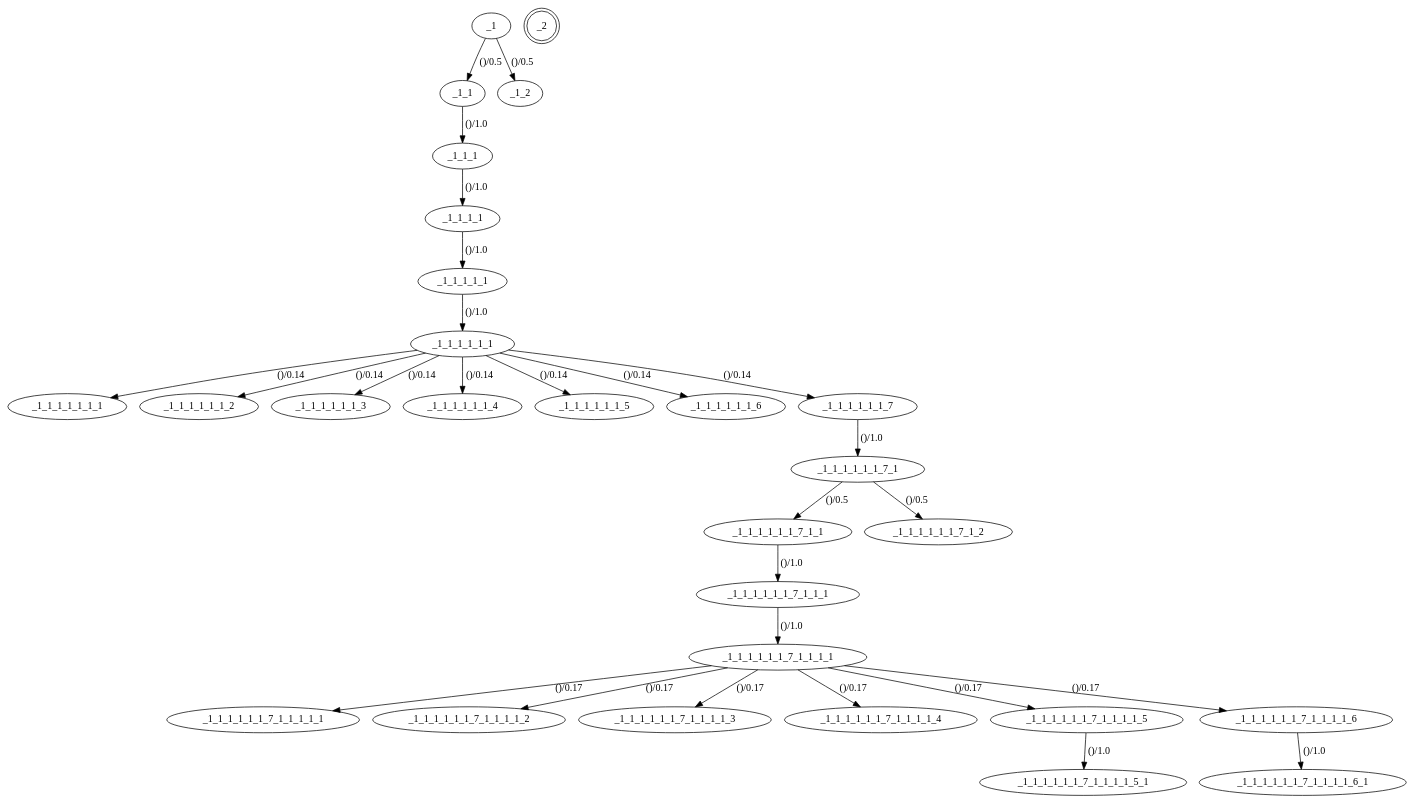
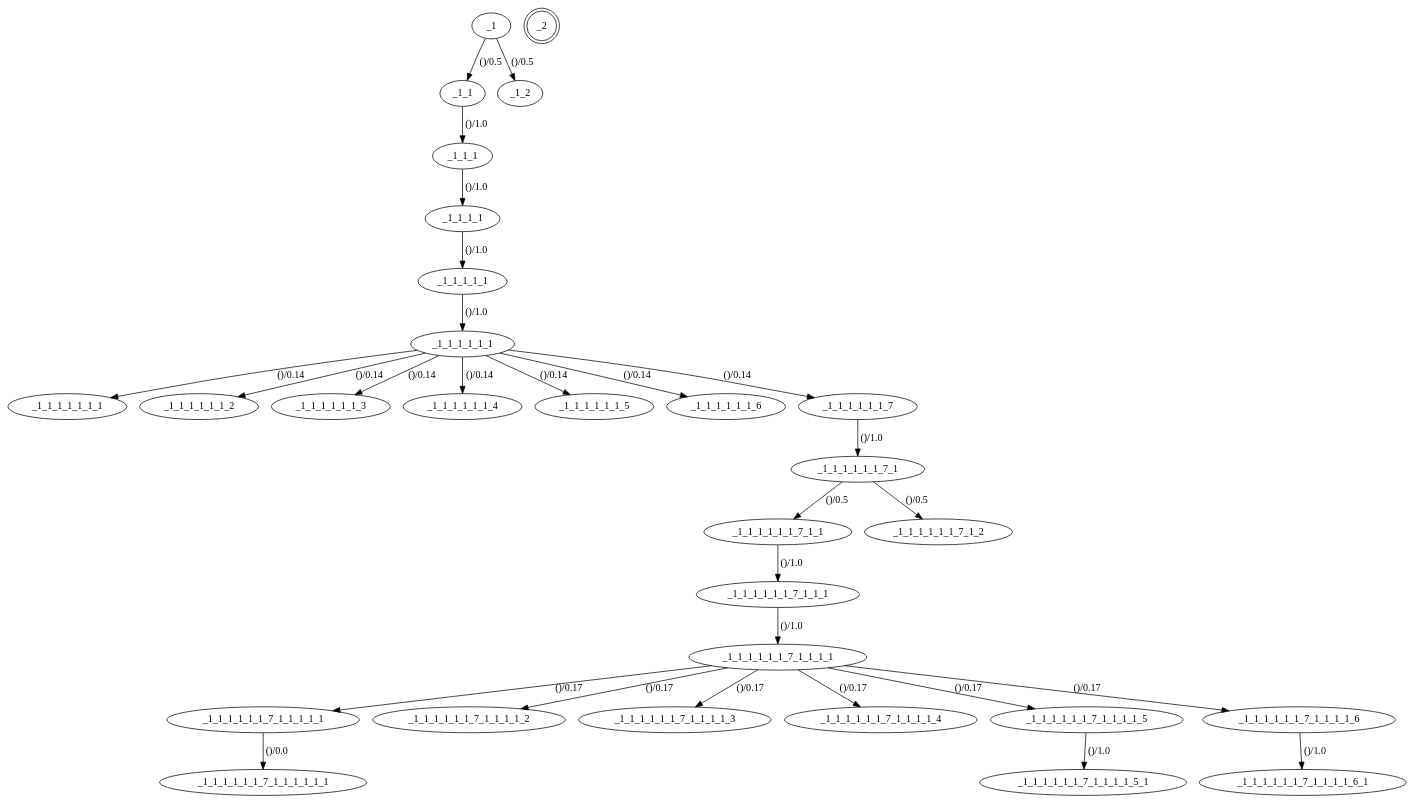
Before and after one commit to helttu/slideco-tests: the diagram in qauto_deco/pagemodel/structure.gv, drawn with Graphviz. The commit also changed 5 other files, not shown here.

```diff
--- a/qauto_deco/pagemodel/structure.gv
+++ b/qauto_deco/pagemodel/structure.gv
@@ -1,58 +1,60 @@
 digraph default_model {
 //States
 _1
 _1_1_1
 _1_1
 _1_1_1_1
 _1_1_1_1_1
 _1_1_1_1_1_1
 _1_1_1_1_1_1_1
 _1_1_1_1_1_1_2
 _1_1_1_1_1_1_3
 _1_1_1_1_1_1_4
 _1_1_1_1_1_1_5
 _1_1_1_1_1_1_6
 _1_1_1_1_1_1_7
 _1_1_1_1_1_1_7_1
 _1_1_1_1_1_1_7_1_1
 _1_1_1_1_1_1_7_1_1_1
 _1_1_1_1_1_1_7_1_1_1_1
 _1_1_1_1_1_1_7_1_1_1_1_1
 _1_1_1_1_1_1_7_1_1_1_1_2
 _1_1_1_1_1_1_7_1_1_1_1_3
 _1_1_1_1_1_1_7_1_1_1_1_4
 _1_1_1_1_1_1_7_1_1_1_1_5
 _1_1_1_1_1_1_7_1_1_1_1_5_1
 _1_1_1_1_1_1_7_1_2
 _1_1_1_1_1_1_7_1_1_1_1_6
 _1_1_1_1_1_1_7_1_1_1_1_6_1
 _1_2
+_1_1_1_1_1_1_7_1_1_1_1_1_1
 _2[shape = "doublecircle"]
 //Transitions
 _1 -> _1_1[ label = "()/0.5", probability = "0.5", set_guard = "(u'', u'')", check_guard = "(u'', u'')", edge_id = "fc549930-c01f-11e5-bdbc-a94980e8de8d"]
 _1_1 -> _1_1_1[ label = "()/1.0", probability = "1.0", set_guard = "(u'', u'')", check_guard = "(u'', u'')", edge_id = "fe4879ee-c01f-11e5-8b18-a94980e8de8d"]
 _1_1_1 -> _1_1_1_1[ label = "()/1.0", probability = "1.0", set_guard = "(u'', u'')", check_guard = "(u'', u'')", edge_id = "ac323121-c02d-11e5-8503-a94980e8de8d"]
 _1_1_1_1 -> _1_1_1_1_1[ label = "()/1.0", probability = "1.0", set_guard = "(u'', u'')", check_guard = "(u'', u'')", edge_id = "2e873671-c02e-11e5-a260-a94980e8de8d"]
 _1_1_1_1_1 -> _1_1_1_1_1_1[ label = "()/1.0", probability = "1.0", set_guard = "(u'', u'')", check_guard = "(u'', u'')", edge_id = "fa83d631-c032-11e5-aabc-a94980e8de8d"]
 _1_1_1_1_1_1 -> _1_1_1_1_1_1_1[ label = "()/0.14", probability = "0.142857142857", set_guard = "(u'', u'')", check_guard = "(u'', u'')", edge_id = "8bbcdc9f-c038-11e5-88a6-a94980e8de8d"]
 _1_1_1_1_1_1 -> _1_1_1_1_1_1_2[ label = "()/0.14", probability = "0.142857142857", set_guard = "(u'', u'')", check_guard = "(u'', u'')", edge_id = "e2cac7ef-c038-11e5-b7d3-a94980e8de8d"]
 _1_1_1_1_1_1 -> _1_1_1_1_1_1_3[ label = "()/0.14", probability = "0.142857142857", set_guard = "(u'', u'')", check_guard = "(u'', u'')", edge_id = "0b82f9ae-c039-11e5-b3ff-a94980e8de8d"]
 _1_1_1_1_1_1 -> _1_1_1_1_1_1_4[ label = "()/0.14", probability = "0.142857142857", set_guard = "(u'', u'')", check_guard = "(u'', u'')", edge_id = "3bceb6e2-c039-11e5-9122-a94980e8de8d"]
 _1_1_1_1_1_1 -> _1_1_1_1_1_1_5[ label = "()/0.14", probability = "0.142857142857", set_guard = "(u'', u'')", check_guard = "(u'', u'')", edge_id = "fdcfa1a1-c039-11e5-8b14-a94980e8de8d"]
 _1_1_1_1_1_1 -> _1_1_1_1_1_1_6[ label = "()/0.14", probability = "0.142857142857", set_guard = "(u'', u'')", check_guard = "(u'', u'')", edge_id = "ff775e30-c039-11e5-93ba-a94980e8de8d"]
 _1_1_1_1_1_1 -> _1_1_1_1_1_1_7[ label = "()/0.14", probability = "0.142857142857", set_guard = "(u'', u'')", check_guard = "(u'', u'')", edge_id = "01636f5f-c03d-11e5-94c1-a94980e8de8d"]
 _1_1_1_1_1_1_7 -> _1_1_1_1_1_1_7_1[ label = "()/1.0", probability = "1.0", set_guard = "(u'', u'')", check_guard = "(u'', u'')", edge_id = "63c5beb1-c03d-11e5-986f-a94980e8de8d"]
 _1_1_1_1_1_1_7_1 -> _1_1_1_1_1_1_7_1_1[ label = "()/0.5", probability = "0.5", set_guard = "(u'', u'')", check_guard = "(u'', u'')", edge_id = "81ed66c1-c03f-11e5-b923-a94980e8de8d"]
 _1_1_1_1_1_1_7_1_1 -> _1_1_1_1_1_1_7_1_1_1[ label = "()/1.0", probability = "1.0", set_guard = "(u'', u'')", check_guard = "(u'', u'')", edge_id = "80083690-c040-11e5-a873-a94980e8de8d"]
 _1_1_1_1_1_1_7_1_1_1 -> _1_1_1_1_1_1_7_1_1_1_1[ label = "()/1.0", probability = "1.0", set_guard = "(u'', u'')", check_guard = "(u'', u'')", edge_id = "110f70e2-c041-11e5-8143-a94980e8de8d"]
 _1_1_1_1_1_1_7_1_1_1_1 -> _1_1_1_1_1_1_7_1_1_1_1_1[ label = "()/0.17", probability = "0.166666666667", set_guard = "(u'', u'')", check_guard = "(u'', u'')", edge_id = "cb99f522-c041-11e5-8451-a94980e8de8d"]
 _1_1_1_1_1_1_7_1_1_1_1 -> _1_1_1_1_1_1_7_1_1_1_1_2[ label = "()/0.17", probability = "0.166666666667", set_guard = "(u'', u'')", check_guard = "(u'', u'')", edge_id = "018954a1-c042-11e5-88d0-a94980e8de8d"]
 _1_1_1_1_1_1_7_1_1_1_1 -> _1_1_1_1_1_1_7_1_1_1_1_3[ label = "()/0.17", probability = "0.166666666667", set_guard = "(u'', u'')", check_guard = "(u'', u'')", edge_id = "2f99eede-c042-11e5-a975-a94980e8de8d"]
 _1_1_1_1_1_1_7_1_1_1_1 -> _1_1_1_1_1_1_7_1_1_1_1_4[ label = "()/0.17", probability = "0.166666666667", set_guard = "(u'', u'')", check_guard = "(u'', u'')", edge_id = "59dcb841-c042-11e5-a3d8-a94980e8de8d"]
 _1_1_1_1_1_1_7_1_1_1_1 -> _1_1_1_1_1_1_7_1_1_1_1_5[ label = "()/0.17", probability = "0.166666666667", set_guard = "(u'', u'')", check_guard = "(u'', u'')", edge_id = "9ddb07e2-c042-11e5-a824-a94980e8de8d"]
 _1_1_1_1_1_1_7_1_1_1_1_5 -> _1_1_1_1_1_1_7_1_1_1_1_5_1[ label = "()/1.0", probability = "1.0", set_guard = "(u'', u'')", check_guard = "(u'', u'')", edge_id = "a6ca075e-c0c0-11e5-bbbb-a94980e8de8d"]
 _1_1_1_1_1_1_7_1 -> _1_1_1_1_1_1_7_1_2[ label = "()/0.5", probability = "0.5", set_guard = "(u'', u'')", check_guard = "(u'', u'')", edge_id = "90f4aa10-c0c2-11e5-9162-a94980e8de8d"]
 _1_1_1_1_1_1_7_1_1_1_1 -> _1_1_1_1_1_1_7_1_1_1_1_6[ label = "()/0.17", probability = "0.166666666667", set_guard = "(u'', u'')", check_guard = "(u'', u'')", edge_id = "07bfa41e-c59f-11e5-ac9f-2c600cd4c6d7"]
 _1_1_1_1_1_1_7_1_1_1_1_6 -> _1_1_1_1_1_1_7_1_1_1_1_6_1[ label = "()/1.0", probability = "1.0", set_guard = "(u'', u'')", check_guard = "(u'', u'')", edge_id = "b18e8770-c5a2-11e5-922c-2c600cd4c6d7"]
 _1 -> _1_2[ label = "()/0.5", probability = "0.5", set_guard = "(u'', u'')", check_guard = "(u'', u'')", edge_id = "f0ffd800-c66a-11e5-8f83-2c600cd4c6d7"]
+_1_1_1_1_1_1_7_1_1_1_1_1 -> _1_1_1_1_1_1_7_1_1_1_1_1_1[ label = "()/0.0", probability = "0.0", set_guard = "('', '')", check_guard = "('', '')", edge_id = "2f5d7d41-c8b5-11e5-b5b1-00247e035201"]
 }
```
